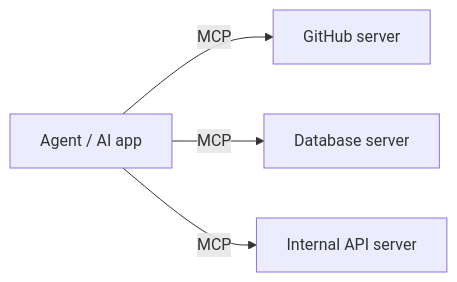
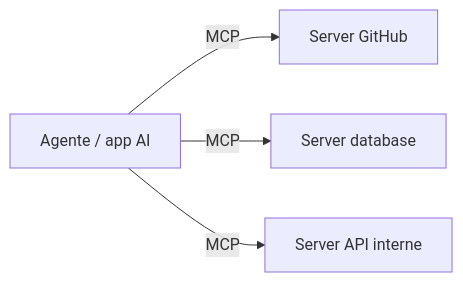
The third of 4 diagrams in slides/slides.md (janmaru/ai-agentic), drawn with Mermaid before and after one commit. The commit also changed other lines of this file and 13 other files, not shown here.

````diff
--- a/slides/slides.md
+++ b/slides/slides.md
@@ -128,6 +233,6 @@
 ```mermaid
 flowchart LR
-    A[Agent / AI app] -- MCP --> S1[GitHub server]
-    A -- MCP --> S2[Database server]
-    A -- MCP --> S3[Internal API server]
+    A[Agente / app AI] -- MCP --> S1[Server GitHub]
+    A -- MCP --> S2[Server database]
+    A -- MCP --> S3[Server API interne]
 ```
````
